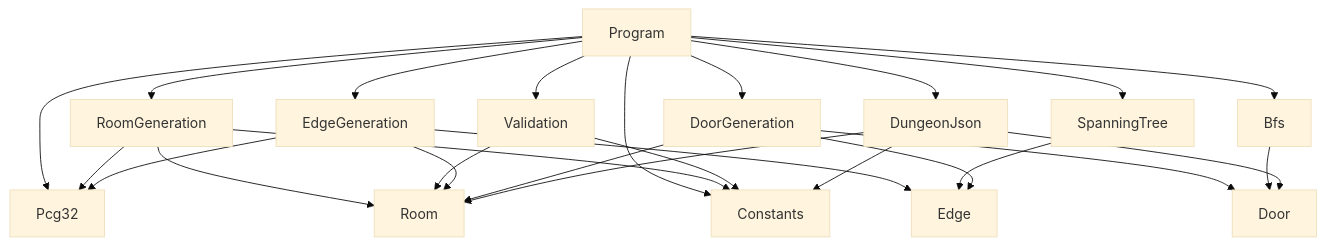
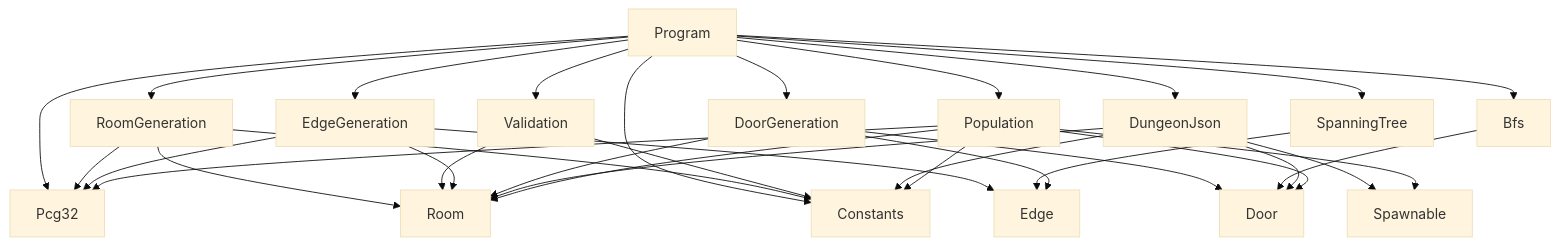
Before and after one commit to verdoxOP/procgen-dungeon: the second of 2 diagrams in Algorithms/csharp/procgen-csharp/docs/architecture.md, drawn with Mermaid (base theme). The commit also changed other lines of this file and 14 other files, not shown here.

First line of the commit message:
Port dungeon population to C#

````diff
--- a/Algorithms/csharp/procgen-csharp/docs/architecture.md
+++ b/Algorithms/csharp/procgen-csharp/docs/architecture.md
@@ -100,28 +108,35 @@
 ```mermaid
 flowchart TD
     Program --> Pcg32
     Program --> RoomGeneration
     Program --> Validation
     Program --> Constants
     RoomGeneration --> Pcg32
     RoomGeneration --> Room
     RoomGeneration --> Constants
     Validation --> Room
     Validation --> Constants
     Program --> EdgeGeneration
     EdgeGeneration --> Pcg32
     EdgeGeneration --> Room
     EdgeGeneration --> Edge
     Program --> SpanningTree
     SpanningTree --> Edge
     Program --> DoorGeneration
     DoorGeneration --> Edge
     DoorGeneration --> Room
     DoorGeneration --> Door
     Program --> Bfs
     Bfs --> Door
     Program --> DungeonJson
     DungeonJson --> Room
     DungeonJson --> Door
     DungeonJson --> Constants
+    DungeonJson --> Spawnable
+    Program --> Population
+    Population --> Pcg32
+    Population --> Room
+    Population --> Door
+    Population --> Spawnable
+    Population --> Constants
 ```
````
